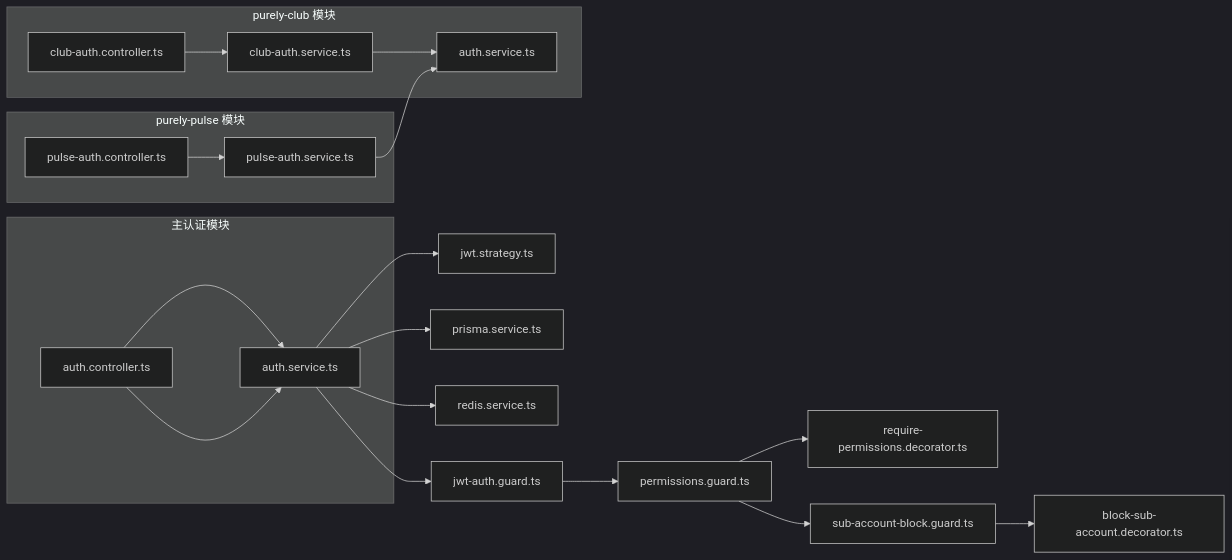
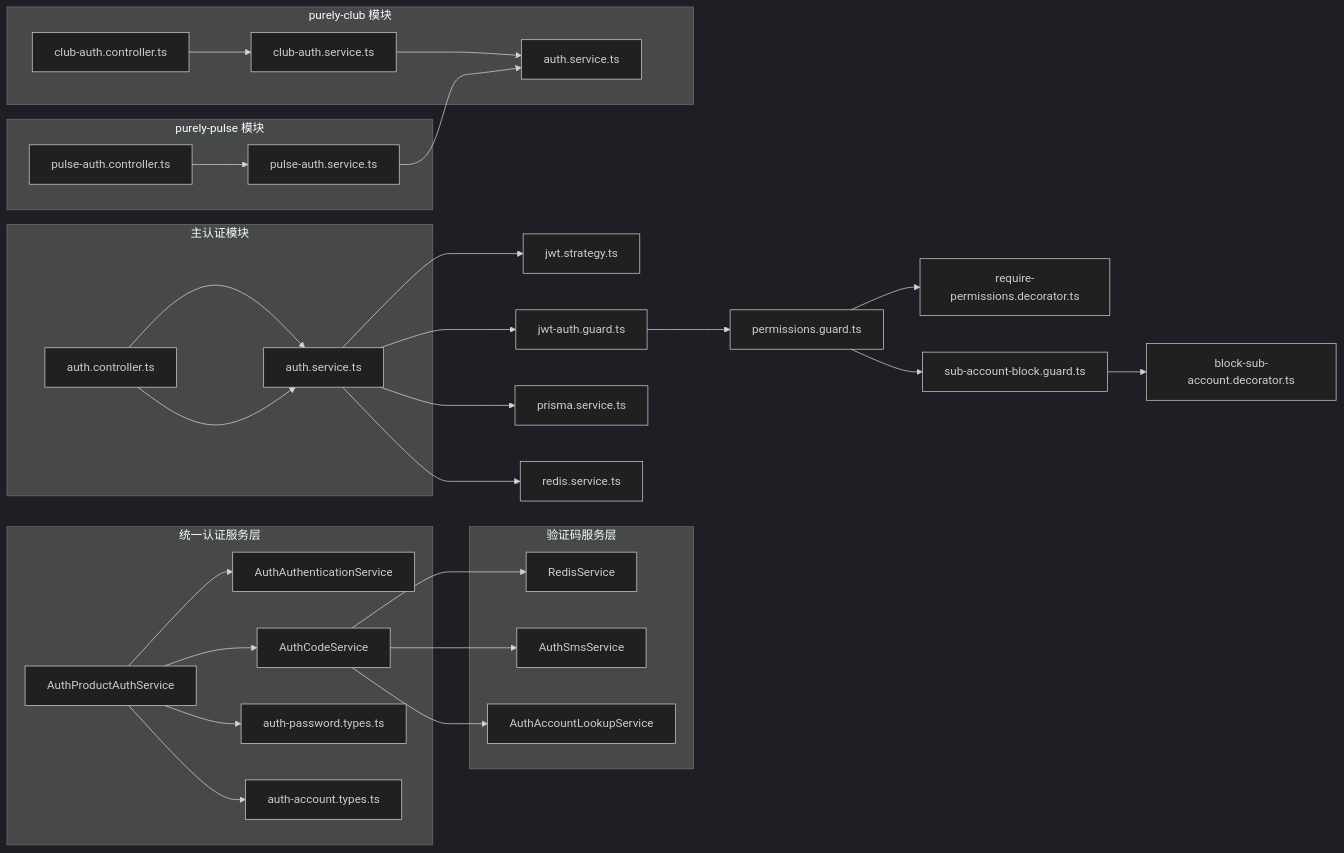
One commit to rc558620/purelyprofit-server changed diagram 12 of 12 in .qoder/repowiki/zh/content/认证授权系统/认证授权系统.md. Above: the diagram before and after it, drawn with Mermaid (dark theme). The commit also changed other lines of this file and 534 other files, not shown here.

````diff
--- a/.qoder/repowiki/zh/content/认证授权系统/认证授权系统.md
+++ b/.qoder/repowiki/zh/content/认证授权系统/认证授权系统.md
@@ -517,23 +669,34 @@
 ```mermaid
 graph LR
+subgraph "统一认证服务层"
+APAS["AuthProductAuthService"] --> AAS["AuthAuthenticationService"]
+APAS --> ACS["AuthCodeService"]
+APAS --> AST["auth-password.types.ts"]
+APAS --> AAT["auth-account.types.ts"]
+end
+subgraph "验证码服务层"
+ACS --> RS["RedisService"]
+ACS --> ASS["AuthSmsService"]
+ACS --> AALS["AuthAccountLookupService"]
+end
 subgraph "purely-club 模块"
 CCtrl["club-auth.controller.ts"] --> CSvc["club-auth.service.ts"]
 CSvc --> MainSvc["auth.service.ts"]
 end
 subgraph "purely-pulse 模块"
 PCtrl["pulse-auth.controller.ts"] --> PSvc["pulse-auth.service.ts"]
 PSvc --> MainSvc
 end
 subgraph "主认证模块"
 Ctrl["auth.controller.ts"] --> Svc["auth.service.ts"]
 end
 Ctrl --> Svc
 Svc --> Strat["jwt.strategy.ts"]
 Svc --> Guard["jwt-auth.guard.ts"]
 Guard --> PermGuard["permissions.guard.ts"]
 PermGuard --> Decor["require-permissions.decorator.ts"]
 PermGuard --> SubGuard["sub-account-block.guard.ts"]
 SubGuard --> SubDecor["block-sub-account.decorator.ts"]
 Svc --> Prisma["prisma.service.ts"]
 Svc --> Redis["redis.service.ts"]
 ```
````
